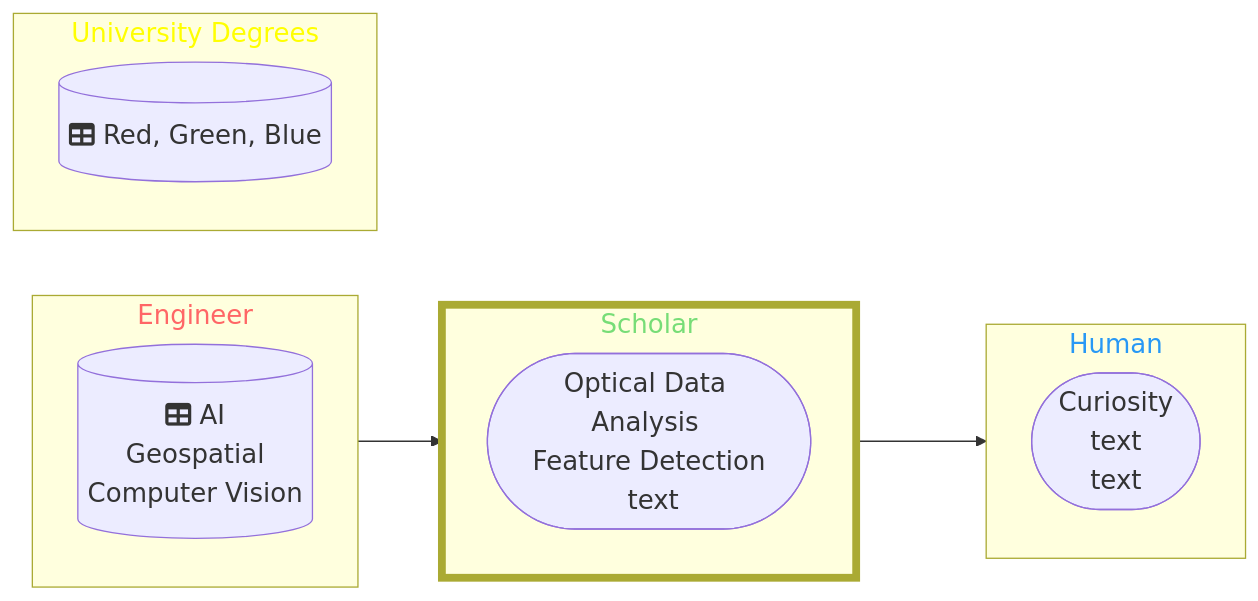
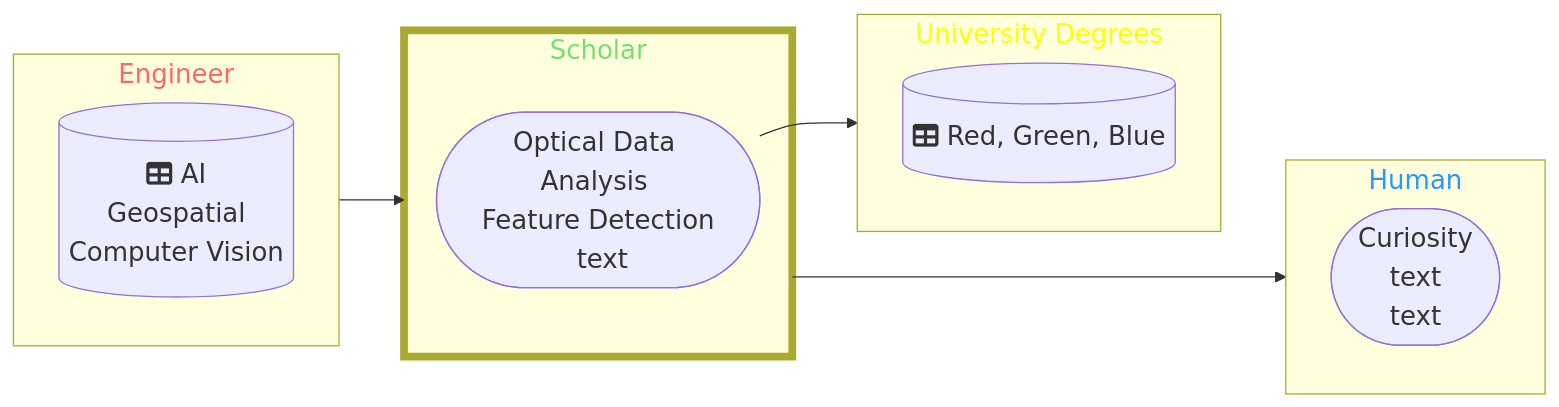
One commit to DippoldEJ/DippoldEJ changed the diagram in README.md. Above: the diagram before and after it, drawn with Mermaid.

````diff
--- a/README.md
+++ b/README.md
@@ -3,36 +3,36 @@
 ```mermaid
 flowchart LR;
 %%{init: {
 	'themeVariables': { 'fontSize': '20px', 'fontFamily': 'Didot'}
 	}
 }%%
 
 subgraph n[Engineer]
         b[(fa:fa-table AI <br> Geospatial <br> Computer Vision)]
     end
 
 subgraph o[Scholar]
         j([Optical Data Analysis <br> Feature Detection <br> text])
 
     end
 
  subgraph p[Human]
     a([Curiosity <br /> text  <br />  text])
     end
 
  subgraph h[University Degrees]
 direction TD;
         r[(fa:fa-table Red, Green, Blue)]
     end
 
 style n color:#f66
 style o stroke-width:6px
 style o color:#77DD77
 style p color:#2798F5
 style h color:#FFFF00
 
 n-->o
 o-->p
-
+j-->r
 
 ```
````
